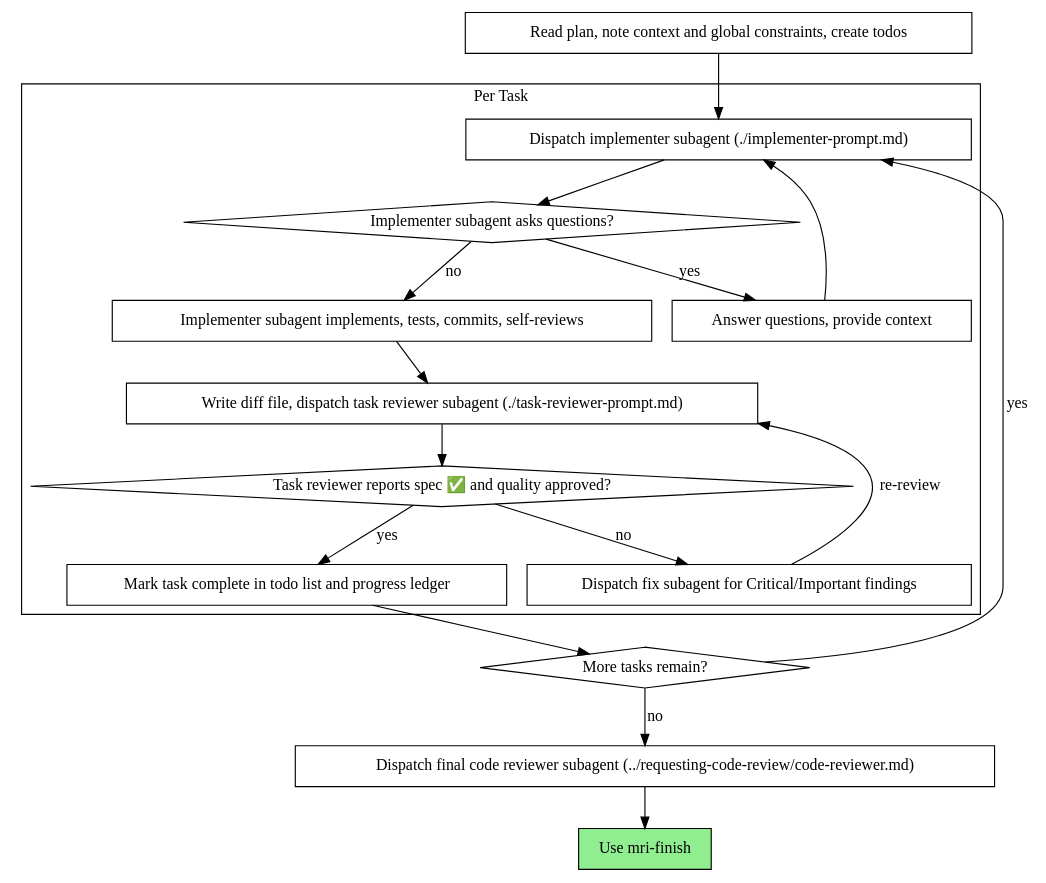
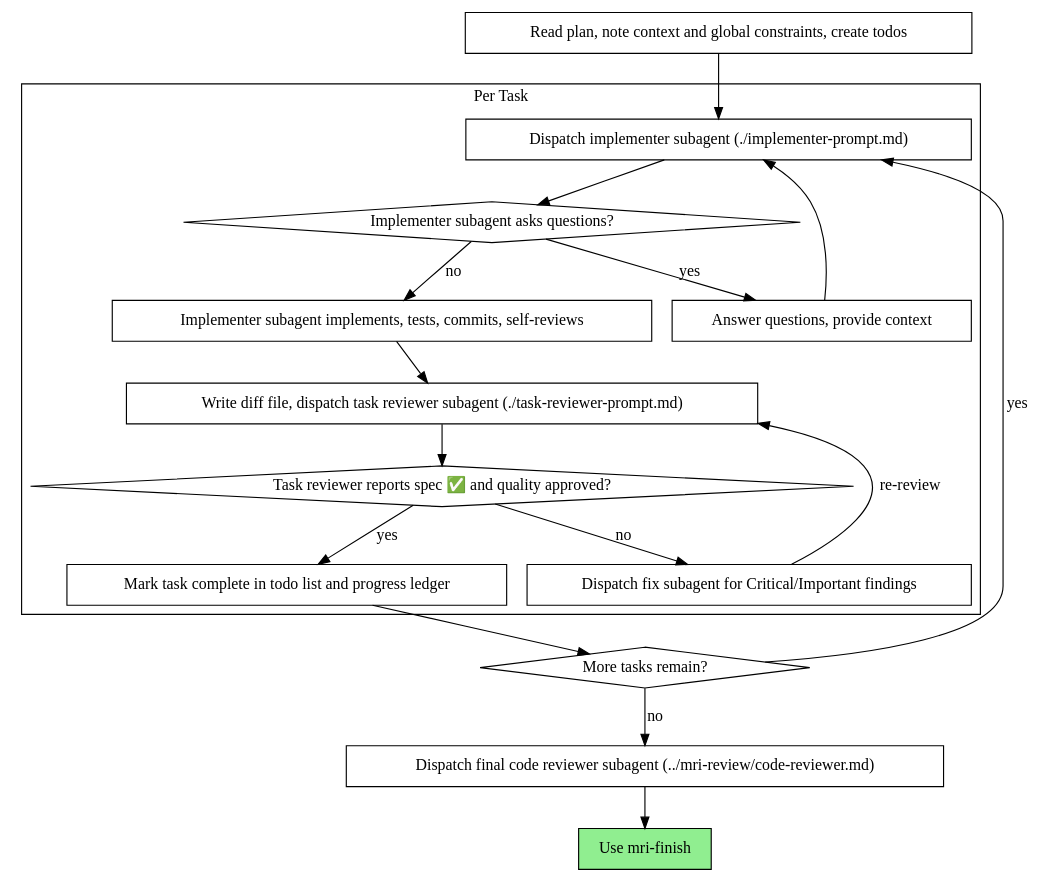
One commit to petite-olive-verte/mri-code changed the second of 2 diagrams in payload/skills/mri-implement/SKILL.md. Above: the diagram before and after it, drawn with Graphviz. The commit also changed other lines of this file and 34 other files, not shown here.

````diff
--- a/payload/skills/mri-implement/SKILL.md
+++ b/payload/skills/mri-implement/SKILL.md
@@ -49,37 +50,37 @@
 ```dot
 digraph process {
     rankdir=TB;
 
     subgraph cluster_per_task {
         label="Per Task";
         "Dispatch implementer subagent (./implementer-prompt.md)" [shape=box];
         "Implementer subagent asks questions?" [shape=diamond];
         "Answer questions, provide context" [shape=box];
         "Implementer subagent implements, tests, commits, self-reviews" [shape=box];
         "Write diff file, dispatch task reviewer subagent (./task-reviewer-prompt.md)" [shape=box];
         "Task reviewer reports spec ✅ and quality approved?" [shape=diamond];
         "Dispatch fix subagent for Critical/Important findings" [shape=box];
         "Mark task complete in todo list and progress ledger" [shape=box];
     }
 
     "Read plan, note context and global constraints, create todos" [shape=box];
     "More tasks remain?" [shape=diamond];
-    "Dispatch final code reviewer subagent (../requesting-code-review/code-reviewer.md)" [shape=box];
+    "Dispatch final code reviewer subagent (../mri-review/code-reviewer.md)" [shape=box];
     "Use mri-finish" [shape=box style=filled fillcolor=lightgreen];
 
     "Read plan, note context and global constraints, create todos" -> "Dispatch implementer subagent (./implementer-prompt.md)";
     "Dispatch implementer subagent (./implementer-prompt.md)" -> "Implementer subagent asks questions?";
     "Implementer subagent asks questions?" -> "Answer questions, provide context" [label="yes"];
     "Answer questions, provide context" -> "Dispatch implementer subagent (./implementer-prompt.md)";
     "Implementer subagent asks questions?" -> "Implementer subagent implements, tests, commits, self-reviews" [label="no"];
     "Implementer subagent implements, tests, commits, self-reviews" -> "Write diff file, dispatch task reviewer subagent (./task-reviewer-prompt.md)";
     "Write diff file, dispatch task reviewer subagent (./task-reviewer-prompt.md)" -> "Task reviewer reports spec ✅ and quality approved?";
     "Task reviewer reports spec ✅ and quality approved?" -> "Dispatch fix subagent for Critical/Important findings" [label="no"];
     "Dispatch fix subagent for Critical/Important findings" -> "Write diff file, dispatch task reviewer subagent (./task-reviewer-prompt.md)" [label="re-review"];
     "Task reviewer reports spec ✅ and quality approved?" -> "Mark task complete in todo list and progress ledger" [label="yes"];
     "Mark task complete in todo list and progress ledger" -> "More tasks remain?";
     "More tasks remain?" -> "Dispatch implementer subagent (./implementer-prompt.md)" [label="yes"];
-    "More tasks remain?" -> "Dispatch final code reviewer subagent (../requesting-code-review/code-reviewer.md)" [label="no"];
-    "Dispatch final code reviewer subagent (../requesting-code-review/code-reviewer.md)" -> "Use mri-finish";
+    "More tasks remain?" -> "Dispatch final code reviewer subagent (../mri-review/code-reviewer.md)" [label="no"];
+    "Dispatch final code reviewer subagent (../mri-review/code-reviewer.md)" -> "Use mri-finish";
 }
 ```
````
